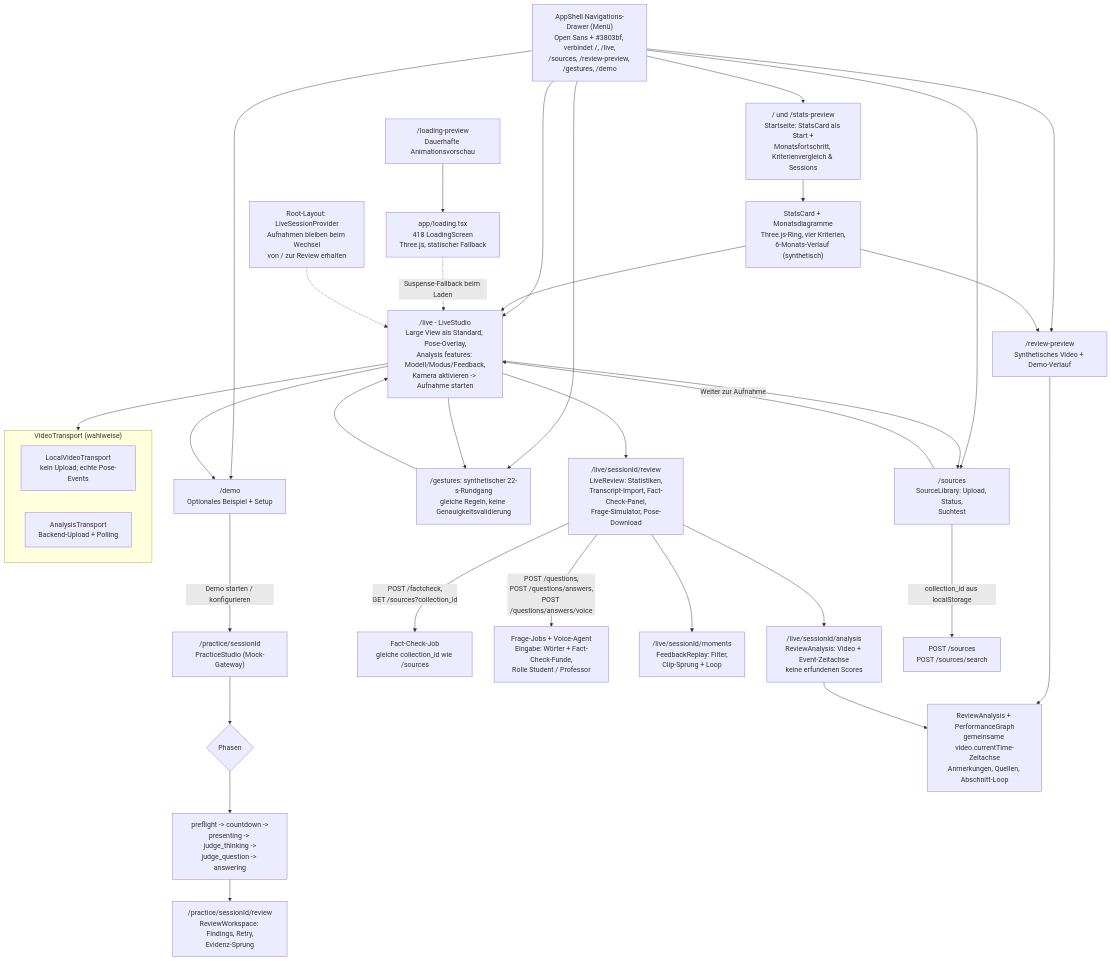
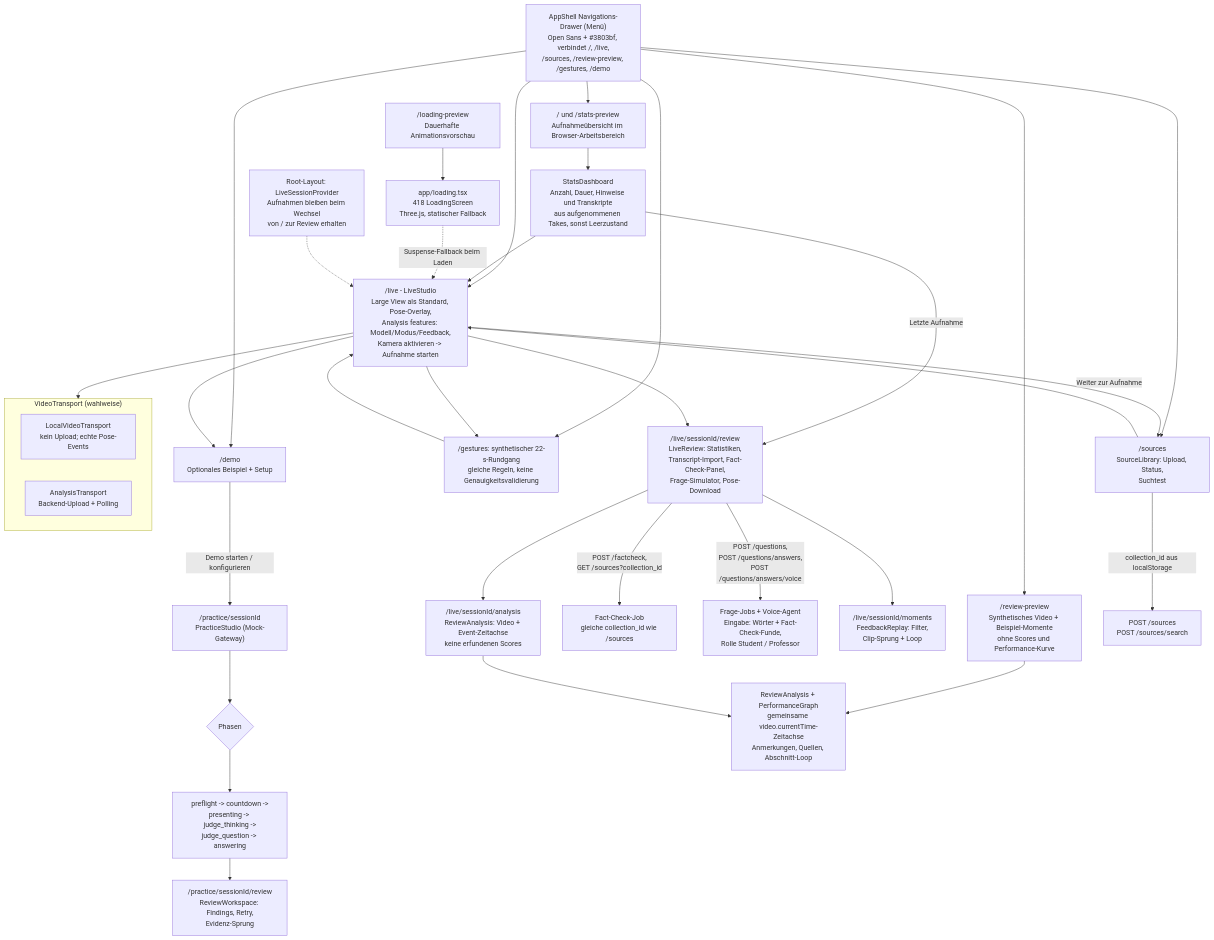
One commit to johannes3502/hackathon-fulda changed the eighth of 12 diagrams in docs/03-architecture.md. Above: the diagram before and after it, drawn with Mermaid. The commit also changed 22 other files, not shown here.

Commit message:
Use captured recording stats, handle ASR clock drift and seed demo reviews

````diff
--- a/docs/03-architecture.md
+++ b/docs/03-architecture.md
@@ -395,44 +395,45 @@
 ```mermaid
 flowchart TD
     DRAWER["AppShell Navigations-Drawer (Menü)<br/>Open Sans + #3803bf, verbindet /, /live,<br/>/sources, /review-preview, /gestures, /demo"]
     LOADING["app/loading.tsx<br/>418 LoadingScreen<br/>Three.js, statischer Fallback"]
     LP["/loading-preview<br/>Dauerhafte Animationsvorschau"] --> LOADING
-    SP["/ und /stats-preview<br/>Startseite: StatsCard als Start +<br/>Monatsfortschritt, Kriterienvergleich & Sessions"] --> SC["StatsCard + Monatsdiagramme<br/>Three.js-Ring, vier Kriterien,<br/>6-Monats-Verlauf (synthetisch)"]
+    SP["/ und /stats-preview<br/>Aufnahmeübersicht im Browser-Arbeitsbereich"] --> SC["StatsDashboard<br/>Anzahl, Dauer, Hinweise und Transkripte<br/>aus aufgenommenen Takes, sonst Leerzustand"]
     DRAWER --> SP
     DRAWER --> LIVE
     DRAWER --> SRC
     DRAWER --> RP
     DRAWER --> WALK
     DRAWER --> DEMOPAGE
-    SC --> RP["/review-preview<br/>Synthetisches Video + Demo-Verlauf"]
+    RP["/review-preview<br/>Synthetisches Video + Beispiel-Momente<br/>ohne Scores und Performance-Kurve"]
+    SC -->|"Letzte Aufnahme"| LREV
     SC --> LIVE
     LOADING -. "Suspense-Fallback beim Laden" .-> LIVE
     LIVE["/live - LiveStudio<br/>Large View als Standard, Pose-Overlay,<br/>Analysis features: Modell/Modus/Feedback,<br/>Kamera aktivieren -> Aufnahme starten"]
     STORE["Root-Layout: LiveSessionProvider<br/>Aufnahmen bleiben beim Wechsel<br/>von / zur Review erhalten"] -.-> LIVE
     LIVE --> DEMOPAGE["/demo<br/>Optionales Beispiel + Setup"]
     DEMOPAGE -->|"Demo starten / konfigurieren"| PRAC["/practice/sessionId<br/>PracticeStudio (Mock-Gateway)"]
     LIVE --> SRC["/sources<br/>SourceLibrary: Upload, Status,<br/>Suchtest"]
     SRC -->|"Weiter zur Aufnahme"| LIVE
     LIVE --> WALK["/gestures: synthetischer 22-s-Rundgang<br/>gleiche Regeln, keine Genauigkeitsvalidierung"]
     WALK --> LIVE
 
     PRAC --> STATE{"Phasen"}
     STATE --> P1["preflight -> countdown -><br/>presenting -> judge_thinking -><br/>judge_question -> answering"]
     P1 --> PREV["/practice/sessionId/review<br/>ReviewWorkspace: Findings, Retry,<br/>Evidenz-Sprung"]
 
     LIVE --> LREV["/live/sessionId/review<br/>LiveReview: Statistiken,<br/>Transcript-Import, Fact-Check-Panel,<br/>Frage-Simulator, Pose-Download"]
     LREV -->|"POST /factcheck,<br/>GET /sources?collection_id"| FCAPI["Fact-Check-Job<br/>gleiche collection_id wie /sources"]
     LREV -->|"POST /questions,<br/>POST /questions/answers,<br/>POST /questions/answers/voice"| QAPI["Frage-Jobs + Voice-Agent<br/>Eingabe: Wörter + Fact-Check-Funde,<br/>Rolle Student / Professor"]
     LREV --> MOM["/live/sessionId/moments<br/>FeedbackReplay: Filter,<br/>Clip-Sprung + Loop"]
     LREV --> LA["/live/sessionId/analysis<br/>ReviewAnalysis: Video + Event-Zeitachse<br/>keine erfundenen Scores"]
     RP --> RA["ReviewAnalysis + PerformanceGraph<br/>gemeinsame video.currentTime-Zeitachse<br/>Anmerkungen, Quellen, Abschnitt-Loop"]
     LA --> RA
 
     SRC -->|"collection_id aus localStorage"| UPLOAD["POST /sources<br/>POST /sources/search"]
 
     subgraph Transport["VideoTransport (wahlweise)"]
         DEMO["LocalVideoTransport<br/>kein Upload; echte Pose-Events"]
         ANA["AnalysisTransport<br/>Backend-Upload + Polling"]
     end
     LIVE --> Transport
 ```
````
